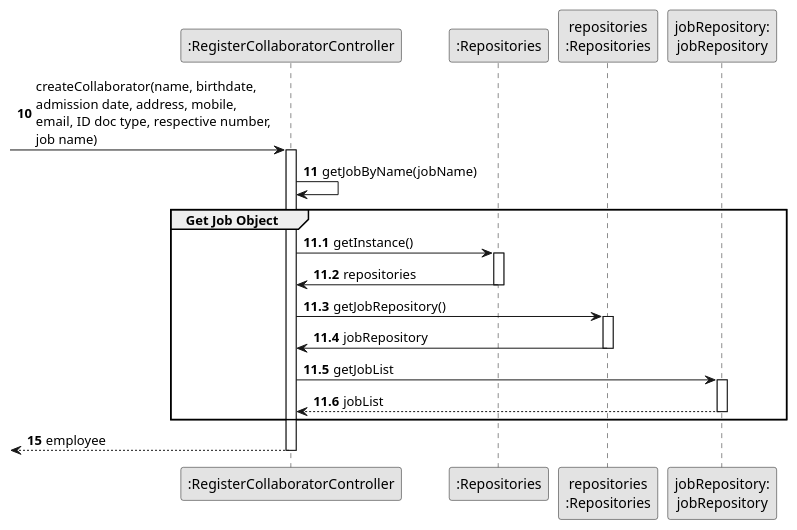
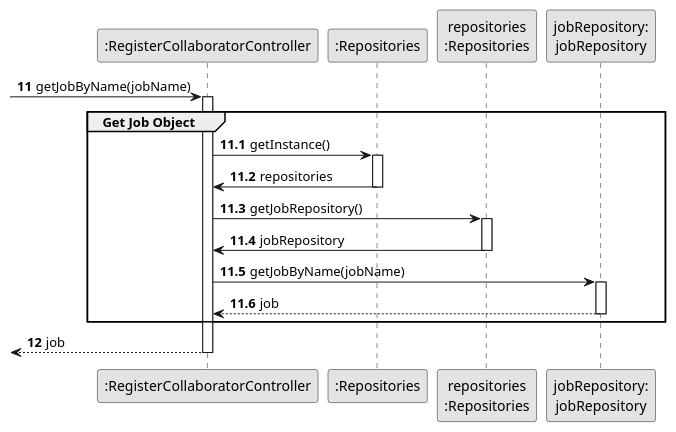
One commit to Departamento-de-Engenharia-Informatica/lei-24-s2-1db-g022 changed the diagram in docs/sprint2/us03/03.design/puml/us03-sequence-diagram-partial-get-job-object.puml. Above: the diagram before and after it, drawn with PlantUML. The commit also changed 7 other files, not shown here.

Commit message:
us03- sequence diagrams complete

```diff
--- a/docs/sprint2/us03/03.design/puml/us03-sequence-diagram-partial-get-job-object.puml
+++ b/docs/sprint2/us03/03.design/puml/us03-sequence-diagram-partial-get-job-object.puml
@@ -1,42 +1,41 @@
 @startuml
 skinparam monochrome true
 skinparam packageStyle rectangle
 skinparam shadowing false
 
 'hide footbox
 participant ":RegisterCollaboratorController" as CTRL
 participant ":Repositories" as RepositorySingleton
 participant "repositories\n:Repositories" as PLAT
 participant "jobRepository:\njobRepository" as JobRepository
 
-autonumber 10
--> CTRL : createCollaborator(name, birthdate, \nadmission date, address, mobile, \nemail, ID doc type, respective number, \njob name)
 autonumber 11
+-> CTRL : getJobByName(jobName)
 activate CTRL
-            CTRL -> CTRL : getJobByName(jobName)
+
 autonumber 11.1
     group Get Job Object
 
         CTRL -> RepositorySingleton : getInstance()
         activate RepositorySingleton
 
         RepositorySingleton -> CTRL : repositories
         deactivate RepositorySingleton
 
         CTRL -> PLAT : getJobRepository()
         activate PLAT
 
         PLAT -> CTRL : jobRepository
         deactivate PLAT
 
-        CTRL -> JobRepository : getJobList
+        CTRL -> JobRepository : getJobByName(jobName)
         activate JobRepository
 
-        JobRepository --> CTRL : jobList
+        JobRepository --> CTRL : job
         deactivate JobRepository
     end
-    autonumber 15
-    <-- CTRL : employee
+    autonumber 12
+   <-- CTRL : job
 deactivate CTRL
 
 @enduml
```
